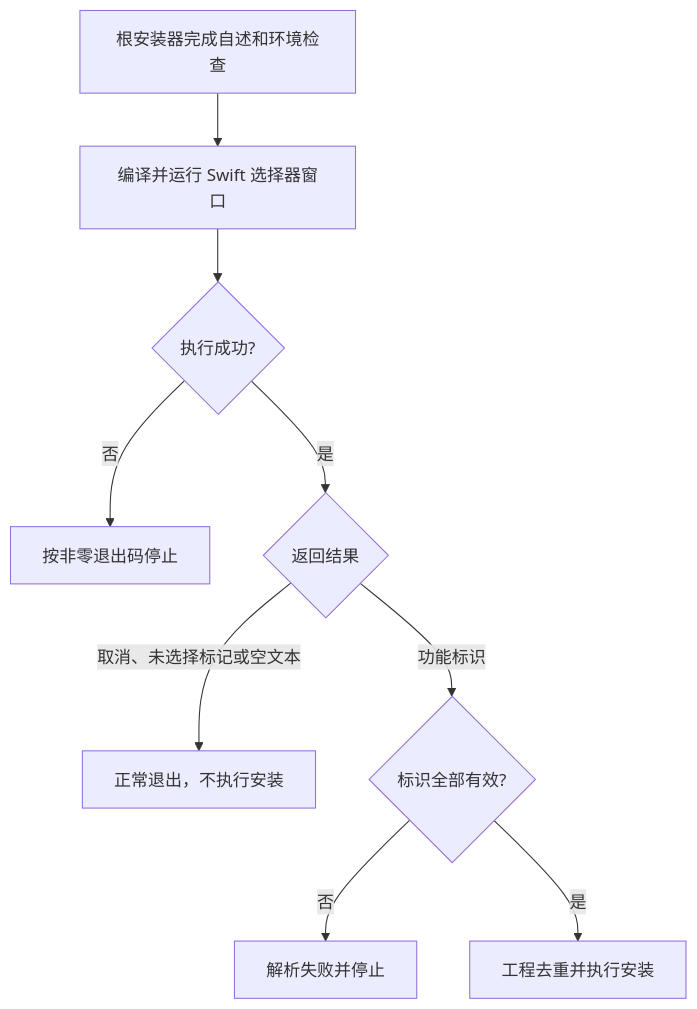
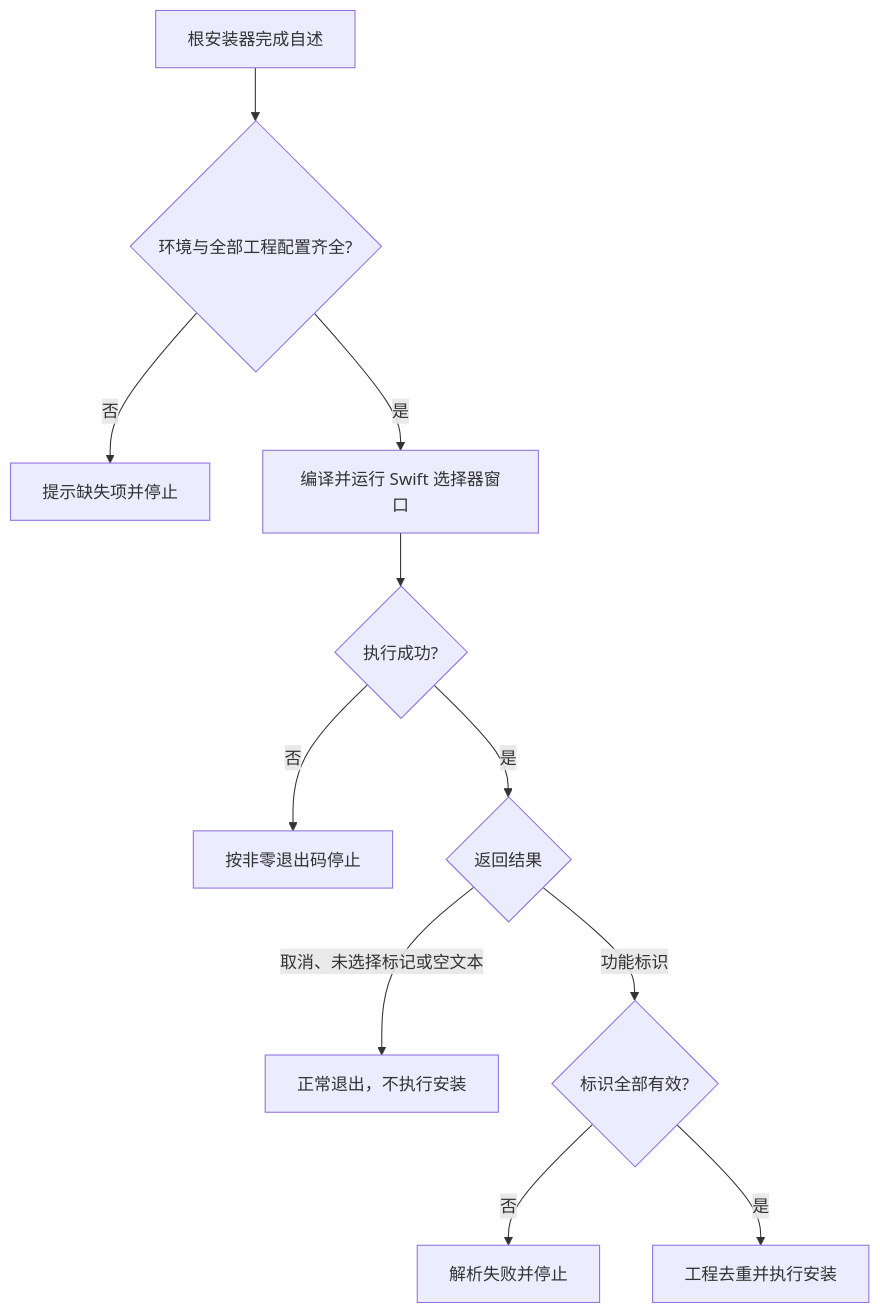
One commit to JobsKits/MacOS_Extension changed the diagram in Scripts/README.md. Above: the diagram before and after it, drawn with Mermaid. The commit also changed other lines of this file and 269 other files, not shown here.

````diff
--- a/Scripts/README.md
+++ b/Scripts/README.md
@@ -134,11 +142,13 @@
 ```mermaid
 flowchart TD
-    A[根安装器完成自述和环境检查] --> B[编译并运行 Swift 选择器窗口]
+    A[根安装器完成自述] --> P{环境与全部工程配置齐全?}
+    P -->|否| Q[提示缺失项并停止]
+    P -->|是| B[编译并运行 Swift 选择器窗口]
     B --> C{执行成功?}
     C -->|否| D[按非零退出码停止]
     C -->|是| E{返回结果}
     E -->|取消、未选择标记或空文本| F[正常退出，不执行安装]
     E -->|功能标识| G{标识全部有效?}
     G -->|否| H[解析失败并停止]
     G -->|是| I[工程去重并执行安装]
 ```
````
